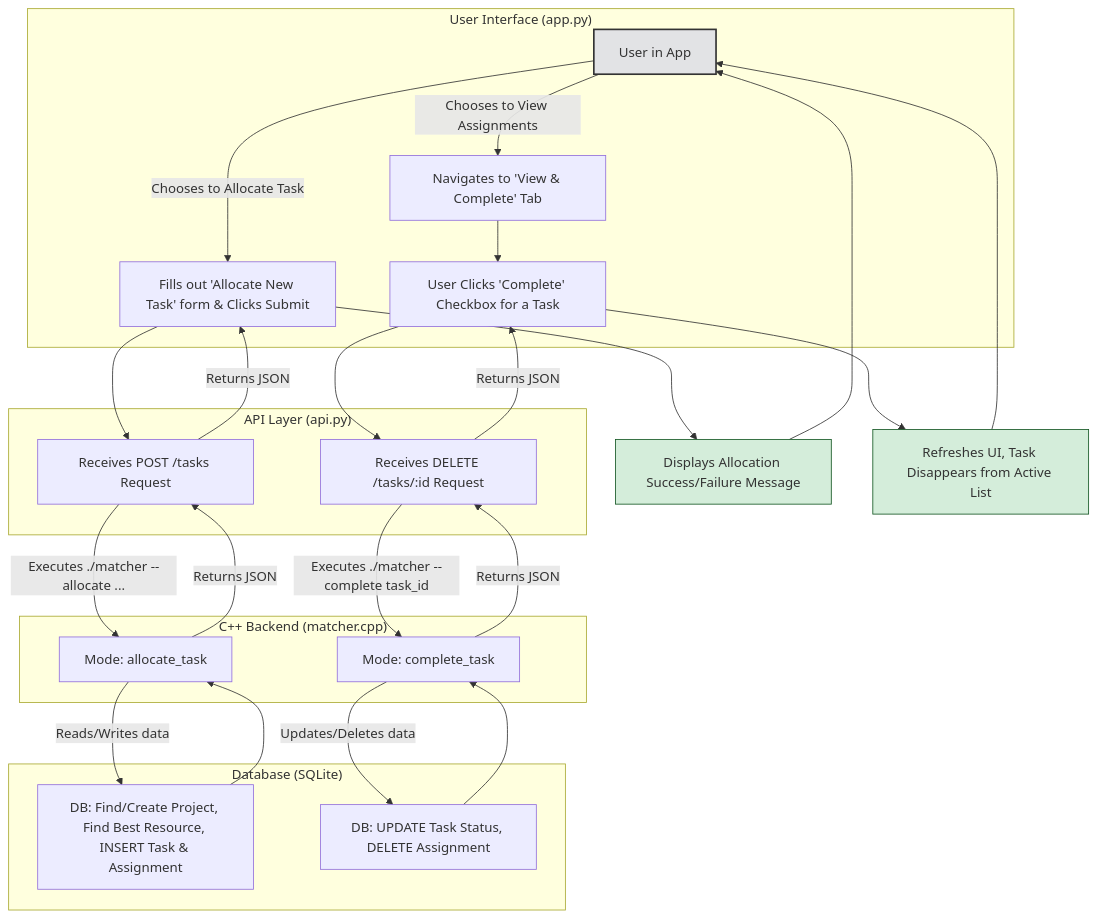
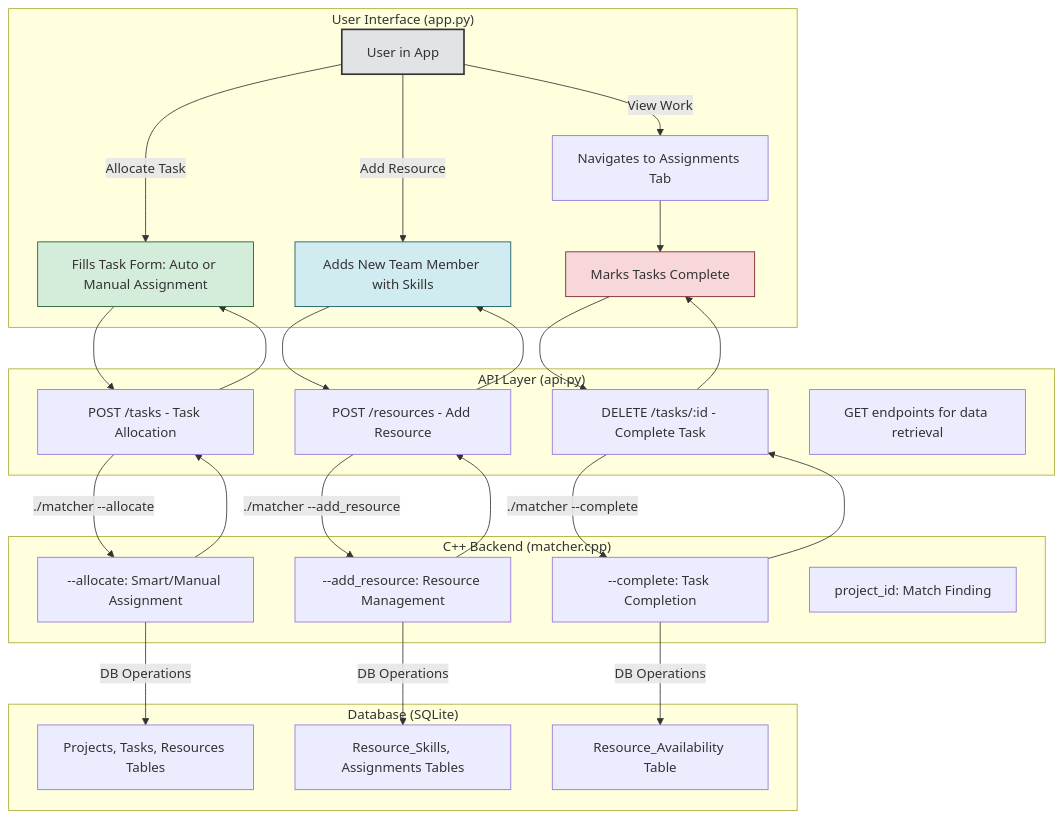
The diagram in README.md (Opollo11/intelligent-resouce-manager), drawn with Mermaid before and after one commit. The commit also changed other lines of this file, not shown here.

Commit message:
Docs: Update README with new features and architecture

````diff
--- a/README.md
+++ b/README.md
@@ -21,43 +26,50 @@
 ```mermaid
 graph TD
     subgraph "User Interface (app.py)"
-        A[User in App] -->|Chooses to Allocate Task| B[Fills out 'Allocate New Task' form & Clicks Submit]
-        A -->|Chooses to View Assignments| C[Navigates to 'View & Complete' Tab]
-        C --> D[User Clicks 'Complete' Checkbox for a Task]
+        A[User in App] -->|Allocate Task| B[Fills Task Form: Auto or Manual Assignment]
+        A -->|Add Resource| C[Adds New Team Member with Skills]
+        A -->|View Work| D[Navigates to Assignments Tab]
+        D --> E[Marks Tasks Complete]
     end
     subgraph "API Layer (api.py)"
-        E[Receives POST /tasks Request]
-        F[Receives DELETE /tasks/:id Request]
+        F[POST /tasks - Task Allocation]
+        G[POST /resources - Add Resource]
+        H[DELETE /tasks/:id - Complete Task]
+        I[GET endpoints for data retrieval]
     end
     subgraph "C++ Backend (matcher.cpp)"
-        G[Mode: allocate_task]
-        H[Mode: complete_task]
+        J[--allocate: Smart/Manual Assignment]
+        K[--add_resource: Resource Management]
+        L[--complete: Task Completion]
+        M[project_id: Match Finding]
     end
     subgraph "Database (SQLite)"
-        I[DB: Find/Create Project, Find Best Resource, INSERT Task & Assignment]
-        J[DB: UPDATE Task Status, DELETE Assignment]
+        N[Projects, Tasks, Resources Tables]
+        O[Resource_Skills, Assignments Tables]
+        P[Resource_Availability Table]
     end
-    %% --- Allocation Workflow ---
-    B --> E
-    E -->|Executes ./matcher --allocate ...| G
-    G -->|Reads/Writes data| I
-    I --> G
-    G -->|Returns JSON| E
-    E -->|Returns JSON| B
-    B --> K[Displays Allocation Success/Failure Message]
-    K --> A
-    %% --- Completion Workflow ---
-    D --> F
-    F -->|Executes ./matcher --complete task_id| H
-    H -->|Updates/Deletes data| J
-    J --> H
-    H -->|Returns JSON| F
-    F -->|Returns JSON| D
-    D --> L[Refreshes UI, Task Disappears from Active List]
-    L --> A
+    
+    %% Workflows
+    B --> F
+    F -->|./matcher --allocate| J
+    J -->|DB Operations| N
+    
+    C --> G  
+    G -->|./matcher --add_resource| K
+    K -->|DB Operations| O
+    
+    E --> H
+    H -->|./matcher --complete| L
+    L -->|DB Operations| P
+    
+    %% Data Flow
+    J --> F --> B
+    K --> G --> C
+    L --> H --> E
+    
     %% Styling
     style A fill:#e2e3e5,stroke:#333,stroke-width:2px
-    style K fill:#d4edda,stroke:#155724
-    style L fill:#d4edda,stroke:#155724
-
+    style B fill:#d4edda,stroke:#155724
+    style C fill:#d1ecf1,stroke:#0c5460
+    style E fill:#f8d7da,stroke:#721c24
 ```
````
